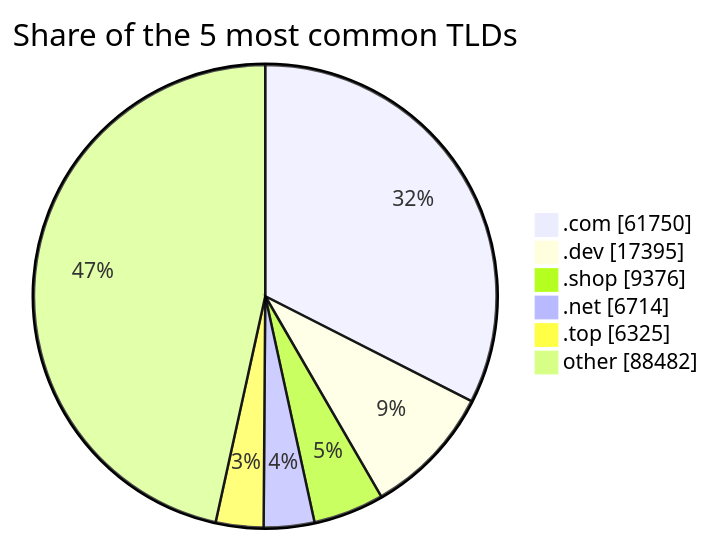
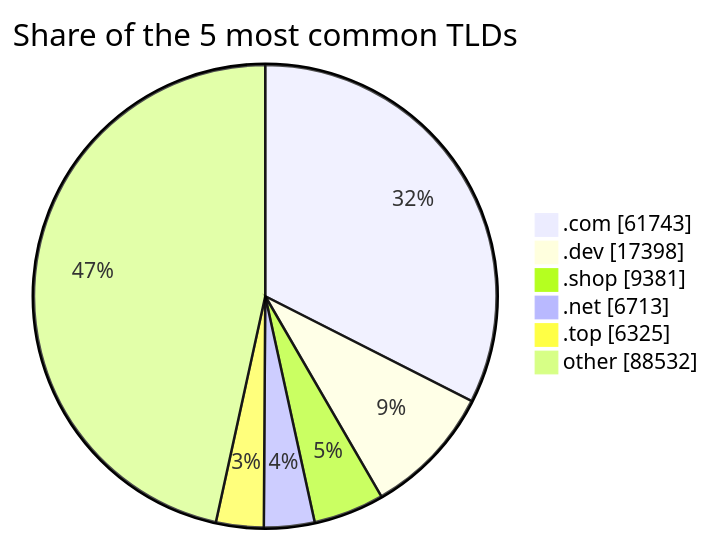
One commit to DNSBunker/CTI changed the third of 3 diagrams in README.md. Above: the diagram before and after it, drawn with Mermaid. The commit also changed other lines of this file and 3 other files, not shown here.

````diff
--- a/README.md
+++ b/README.md
@@ -81,9 +81,9 @@
 ```mermaid
 pie showData title Share of the 5 most common TLDs
-    ".com" : 61750
-    ".dev" : 17395
-    ".shop" : 9376
-    ".net" : 6714
+    ".com" : 61743
+    ".dev" : 17398
+    ".shop" : 9381
+    ".net" : 6713
     ".top" : 6325
-    "other" : 88482
+    "other" : 88532
 ```
````
